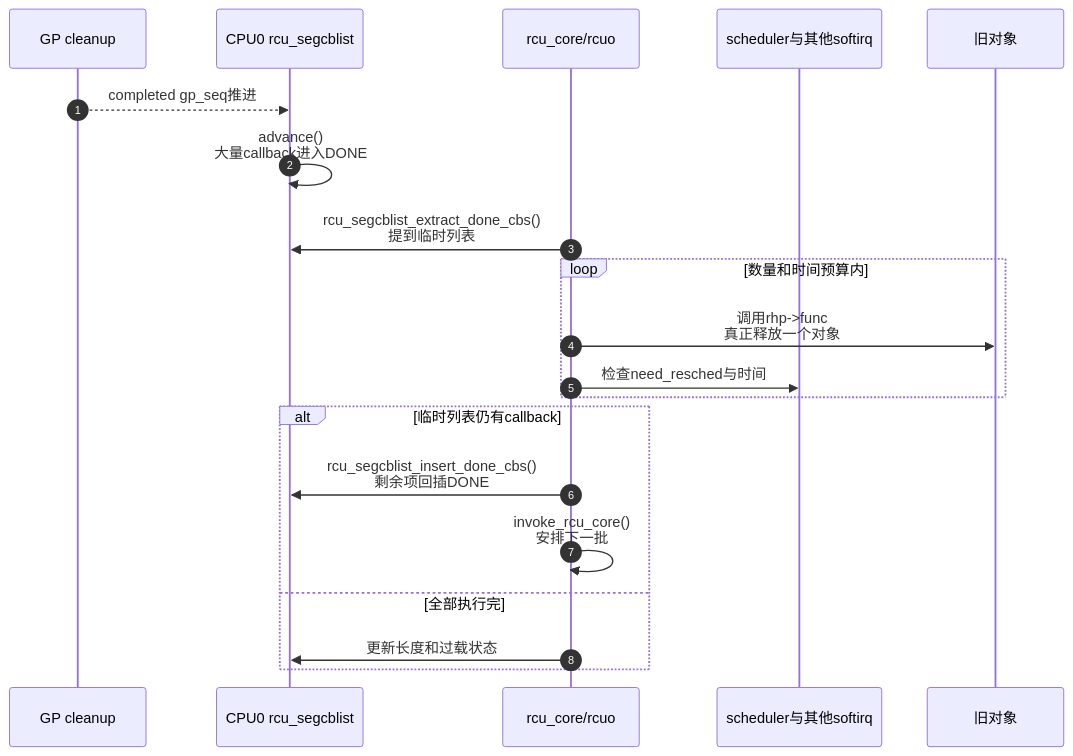
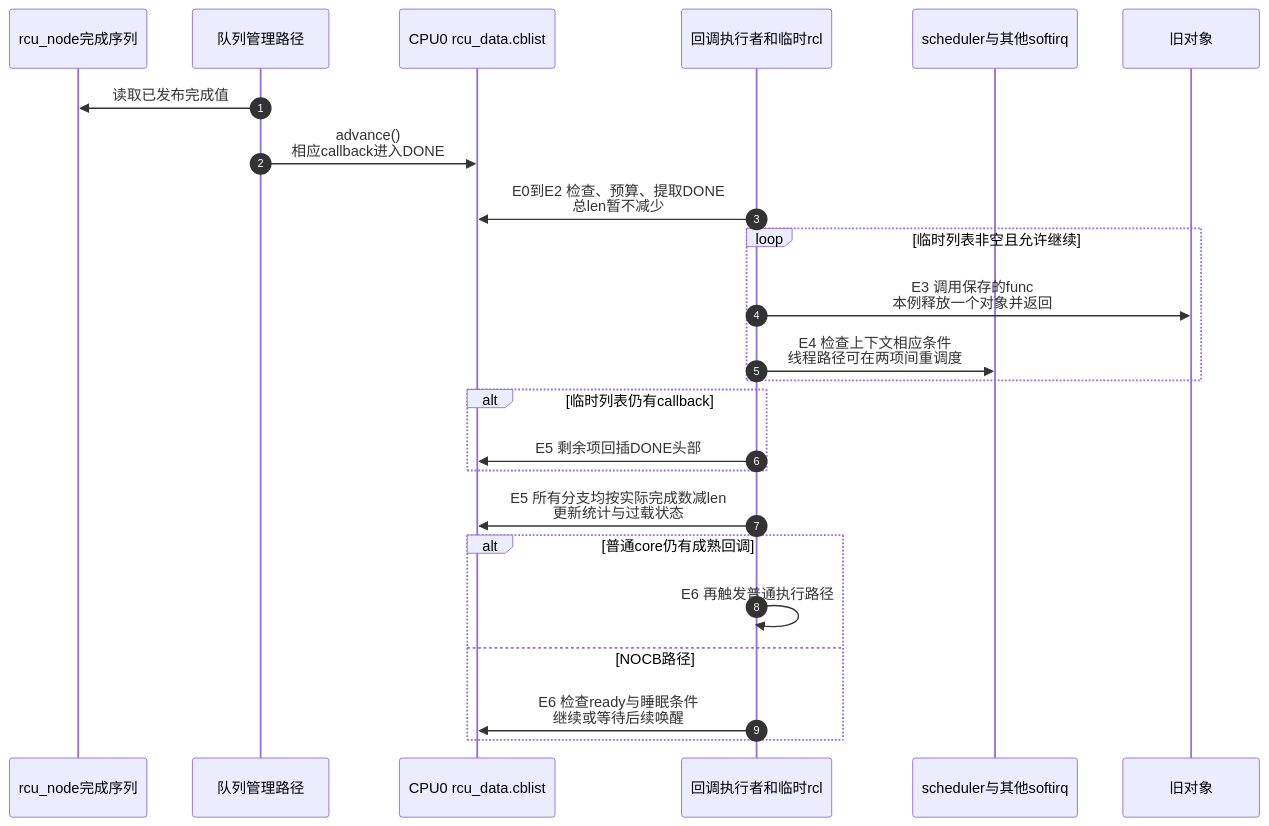
Before and after one commit to FormingSystem/linux_note: the second of 2 diagrams in knowledge/linux/synchronization_and_asynchrony/synchronization/rcu/P12_Tree_RCU_回调执行_批处理与限流.md, drawn with Mermaid. The commit also changed other lines of this file and 5 other files, not shown here.

````diff
--- a/knowledge/linux/synchronization_and_asynchrony/synchronization/rcu/P12_Tree_RCU_回调执行_批处理与限流.md
+++ b/knowledge/linux/synchronization_and_asynchrony/synchronization/rcu/P12_Tree_RCU_回调执行_批处理与限流.md
@@ -148,24 +177,28 @@
 ```mermaid
 sequenceDiagram
     autonumber
 
-    participant G as GP cleanup
-    participant Q as CPU0 rcu_segcblist
-    participant X as rcu_core/rcuo
+    participant N as rcu_node完成序列
+    participant M as 队列管理路径
+    participant Q as CPU0 rcu_data.cblist
+    participant X as 回调执行者和临时rcl
     participant S as scheduler与其他softirq
     participant O as 旧对象
 
-    G-->>Q: completed gp_seq推进
-    Q->>Q: advance()<br/>大量callback进入DONE
-    X->>Q: rcu_segcblist_extract_done_cbs()<br/>提到临时列表
-    loop 数量和时间预算内
-        X->>O: 调用rhp->func<br/>真正释放一个对象
-        X->>S: 检查need_resched与时间
+    M->>N: 读取已发布完成值
+    M->>Q: advance()<br/>相应callback进入DONE
+    X->>Q: E0到E2 检查、预算、提取DONE<br/>总len暂不减少
+    loop 临时列表非空且允许继续
+        X->>O: E3 调用保存的func<br/>本例释放一个对象并返回
+        X->>S: E4 检查上下文相应条件<br/>线程路径可在两项间重调度
     end
     alt 临时列表仍有callback
-        X->>Q: rcu_segcblist_insert_done_cbs()<br/>剩余项回插DONE
-        X->>X: invoke_rcu_core()<br/>安排下一批
-    else 全部执行完
-        X->>Q: 更新长度和过载状态
+        X->>Q: E5 剩余项回插DONE头部
+    end
+    X->>Q: E5 所有分支均按实际完成数减len<br/>更新统计与过载状态
+    alt 普通core仍有成熟回调
+        X->>X: E6 再触发普通执行路径
+    else NOCB路径
+        X->>Q: E6 检查ready与睡眠条件<br/>继续或等待后续唤醒
     end
 ```
````
